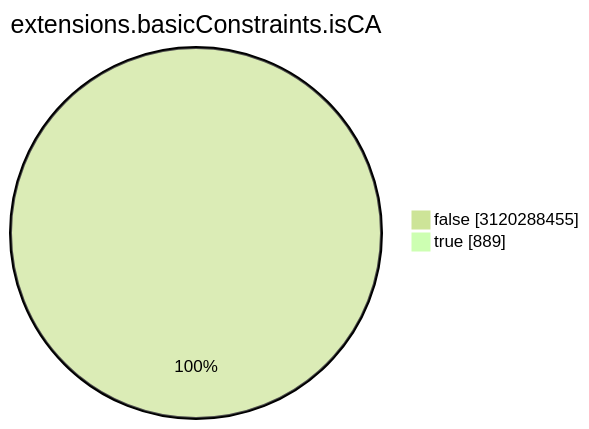
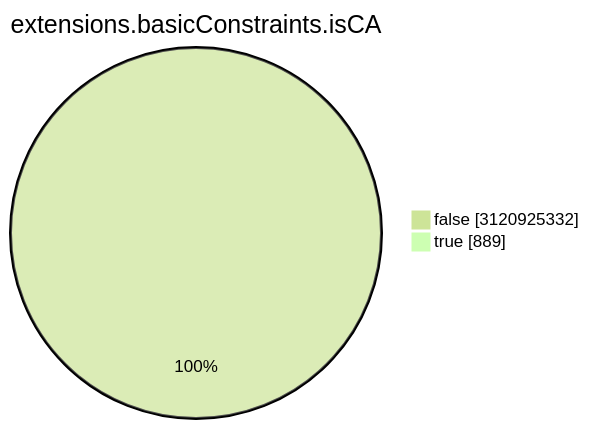
Before and after one commit to christiankrug/ctmonitor_visualization: the seventh of 15 diagrams in TOTAL/README.md, drawn with Mermaid (forest theme). The commit also changed other lines of this file, not shown here.

````diff
--- a/TOTAL/README.md
+++ b/TOTAL/README.md
@@ -3088,6 +3088,6 @@
 ```mermaid
 pie showData
 title extensions.basicConstraints.isCA
-"false" :3120288455
+"false" :3120925332
 "true" :889
 ```
````
